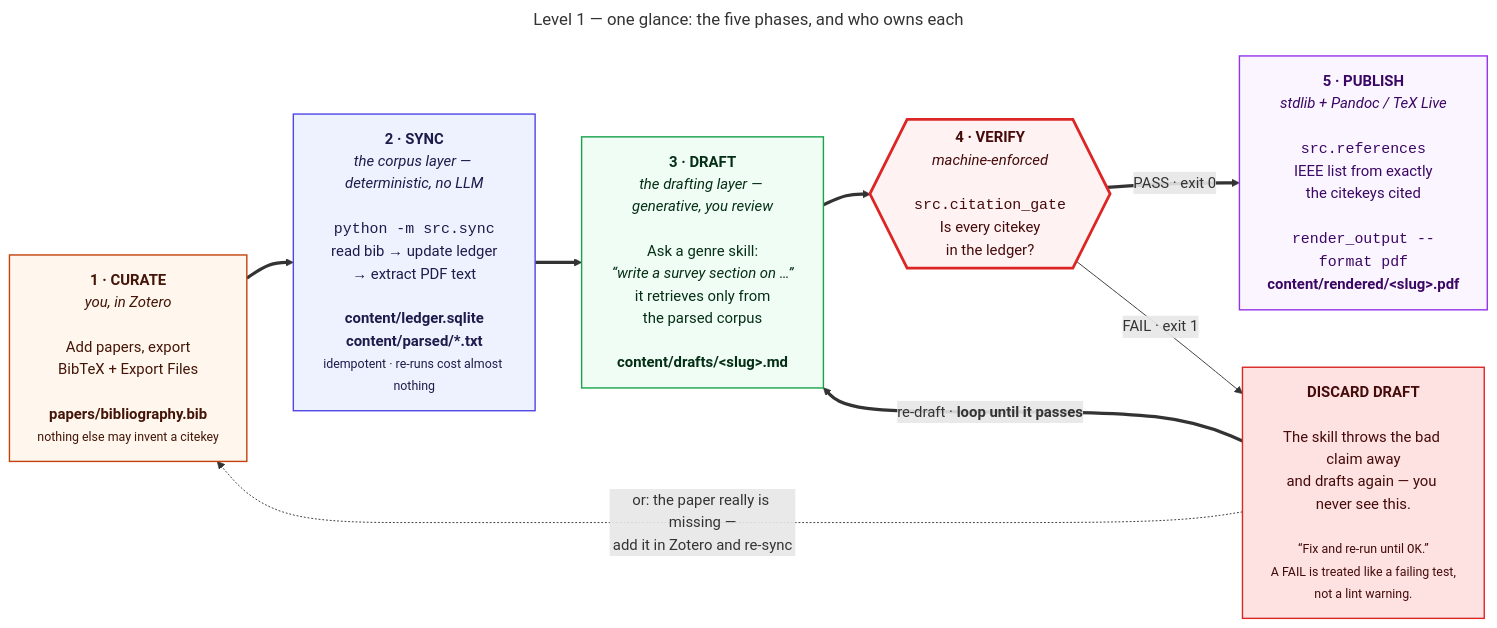
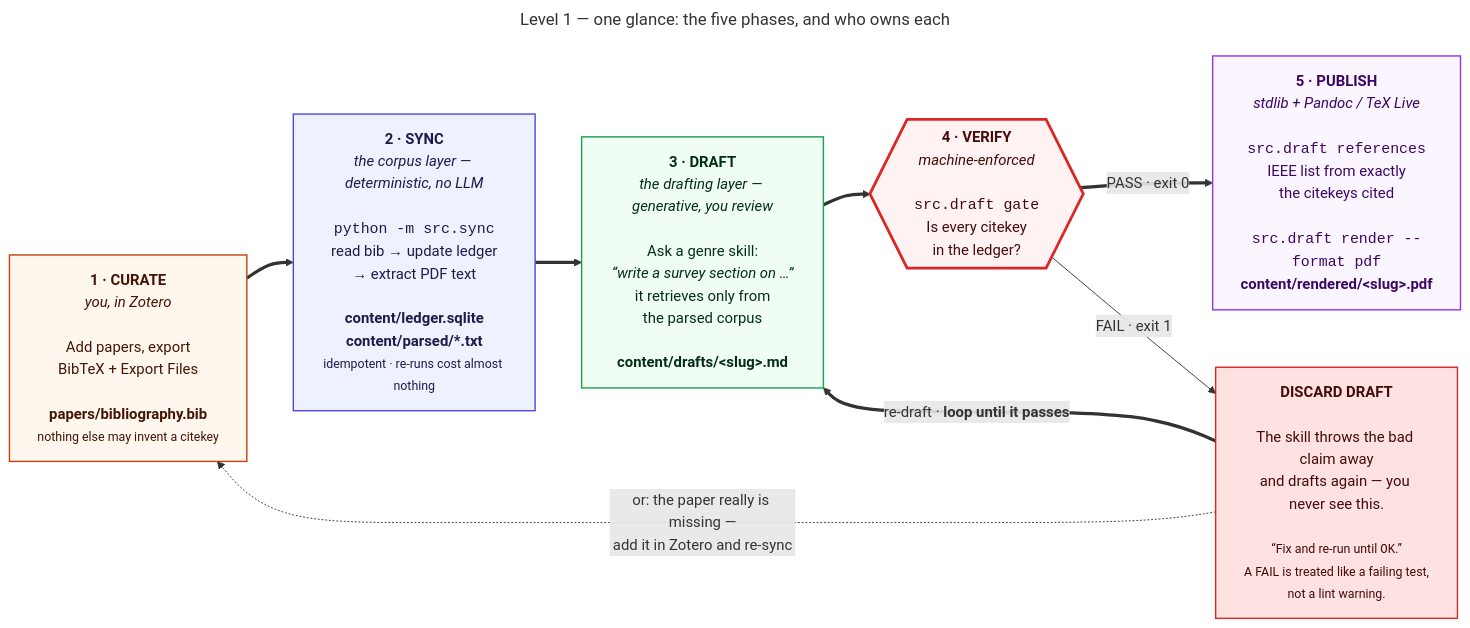
One commit to prasadtalasila/chitragupta changed the diagram in docs/diagrams/v1-overview.mmd. Above: the diagram before and after it, drawn with Mermaid. The commit also changed 66 other files, not shown here.

```diff
--- a/docs/diagrams/v1-overview.mmd
+++ b/docs/diagrams/v1-overview.mmd
@@ -1,36 +1,36 @@
 ---
 title: "Level 1 — one glance: the five phases, and who owns each"
 ---
 flowchart LR
 
   P0["<b>1 · CURATE</b><br/><i>you, in Zotero</i><br/><br/>Add papers, export<br/>BibTeX + Export Files<br/><br/><b>papers/bibliography.bib</b><br/><small>nothing else may invent a citekey</small>"]
 
   P1["<b>2 · SYNC</b><br/><i>the corpus layer — deterministic, no LLM</i><br/><br/><code>python -m src.sync</code><br/>read bib → update ledger<br/>→ extract PDF text<br/><br/><b>content/ledger.sqlite</b><br/><b>content/parsed/*.txt</b><br/><small>idempotent · re-runs cost almost nothing</small>"]
 
   P2["<b>3 · DRAFT</b><br/><i>the drafting layer — generative, you review</i><br/><br/>Ask a genre skill:<br/><i>“write a survey section on …”</i><br/>it retrieves only from<br/>the parsed corpus<br/><br/><b>content/drafts/&lt;slug&gt;.md</b>"]
 
-  P3{{"<b>4 · VERIFY</b><br/><i>machine-enforced</i><br/><br/><code>src.citation_gate</code><br/>Is every citekey<br/>in the ledger?"}}
+  P3{{"<b>4 · VERIFY</b><br/><i>machine-enforced</i><br/><br/><code>src.draft gate</code><br/>Is every citekey<br/>in the ledger?"}}
 
-  P4["<b>5 · PUBLISH</b><br/><i>stdlib + Pandoc / TeX Live</i><br/><br/><code>src.references</code><br/>IEEE list from exactly<br/>the citekeys cited<br/><br/><code>render_output --format pdf</code><br/><b>content/rendered/&lt;slug&gt;.pdf</b>"]
+  P4["<b>5 · PUBLISH</b><br/><i>stdlib + Pandoc / TeX Live</i><br/><br/><code>src.draft references</code><br/>IEEE list from exactly<br/>the citekeys cited<br/><br/><code>src.draft render --format pdf</code><br/><b>content/rendered/&lt;slug&gt;.pdf</b>"]
 
   FIX["<b>DISCARD DRAFT</b><br/><br/>The skill throws the bad claim away<br/>and drafts again — you never see this.<br/><br/><small>“Fix and re-run until <code>OK</code>.”<br/>A FAIL is treated like a failing test,<br/>not a lint warning.</small>"]
 
   P0 ==> P1 ==> P2 ==> P3
   P3 == "PASS · exit 0" ==> P4
   P3 -- "FAIL · exit 1" --> FIX
   FIX == "re-draft · <b>loop until it passes</b>" ==> P2
   FIX -. "or: the paper really is missing —<br/>add it in Zotero and re-sync" .-> P0
 
   classDef you fill:#fff7ed,stroke:#c2410c,stroke-width:1.5px,color:#431407
   classDef det fill:#eef2ff,stroke:#4f46e5,stroke-width:1.5px,color:#1e1b4b
   classDef gen fill:#f0fdf4,stroke:#16a34a,stroke-width:1.5px,color:#052e16
   classDef gate fill:#fef2f2,stroke:#dc2626,stroke-width:3px,color:#450a0a
   classDef out fill:#faf5ff,stroke:#9333ea,stroke-width:1.5px,color:#3b0764
   classDef bad fill:#fee2e2,stroke:#dc2626,stroke-width:1.5px,color:#450a0a
 
   class P0 you
   class P1 det
   class P2 gen
   class P3 gate
   class P4 out
   class FIX bad
```
